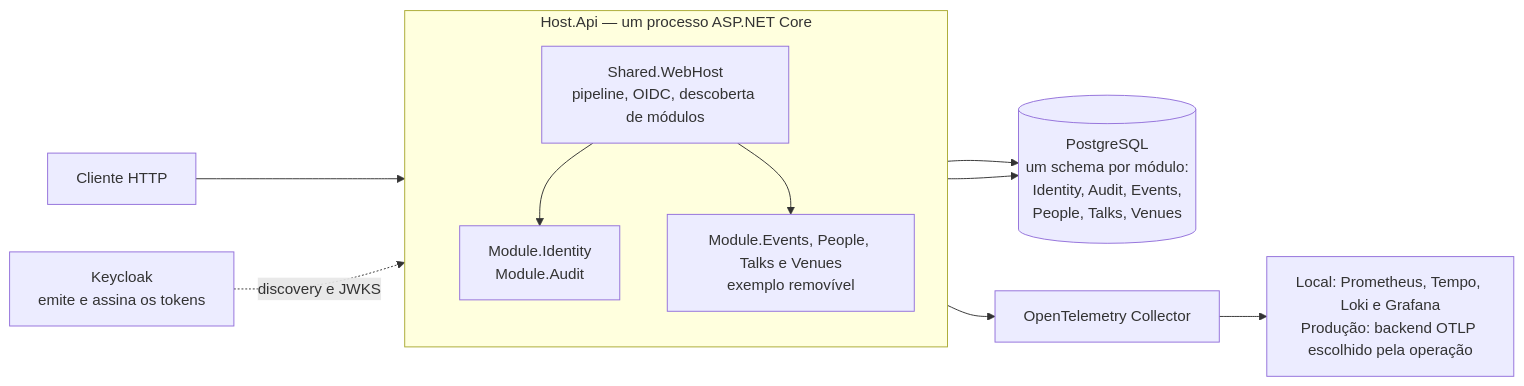
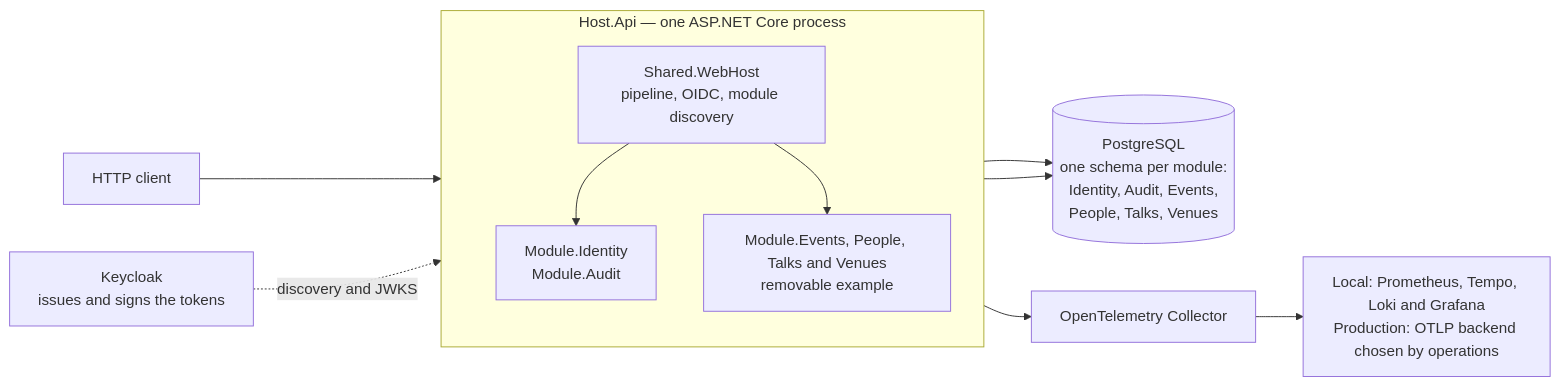
Before and after one commit to thiagocorreanet/dotnet-standards-template: the first of 4 diagrams in README.md, drawn with Mermaid. The commit also changed other lines of this file and 3 other files, not shown here.

````diff
--- a/README.md
+++ b/README.md
@@ -25,18 +25,18 @@
 ```mermaid
 flowchart LR
-    subgraph Host["Host.Api — um processo ASP.NET Core"]
+    subgraph Host["Host.Api — one ASP.NET Core process"]
         direction TB
-        WebHost["Shared.WebHost<br/>pipeline, OIDC, descoberta de módulos"]
+        WebHost["Shared.WebHost<br/>pipeline, OIDC, module discovery"]
         Core["Module.Identity<br/>Module.Audit"]
-        Example["Module.Events, People, Talks e Venues<br/>exemplo removível"]
+        Example["Module.Events, People, Talks and Venues<br/>removable example"]
         WebHost --> Core
         WebHost --> Example
     end
 
-    Client["Cliente HTTP"] --> WebHost
-    Keycloak["Keycloak<br/>emite e assina os tokens"] -. "discovery e JWKS" .-> WebHost
-    Core --> PG[("PostgreSQL<br/>um schema por módulo:<br/>Identity, Audit, Events,<br/>People, Talks, Venues")]
+    Client["HTTP client"] --> WebHost
+    Keycloak["Keycloak<br/>issues and signs the tokens"] -. "discovery and JWKS" .-> WebHost
+    Core --> PG[("PostgreSQL<br/>one schema per module:<br/>Identity, Audit, Events,<br/>People, Talks, Venues")]
     Example --> PG
     Host --> Collector["OpenTelemetry Collector"]
-    Collector --> Backend["Local: Prometheus, Tempo, Loki e Grafana<br/>Produção: backend OTLP escolhido pela operação"]
+    Collector --> Backend["Local: Prometheus, Tempo, Loki and Grafana<br/>Production: OTLP backend chosen by operations"]
 ```
````
